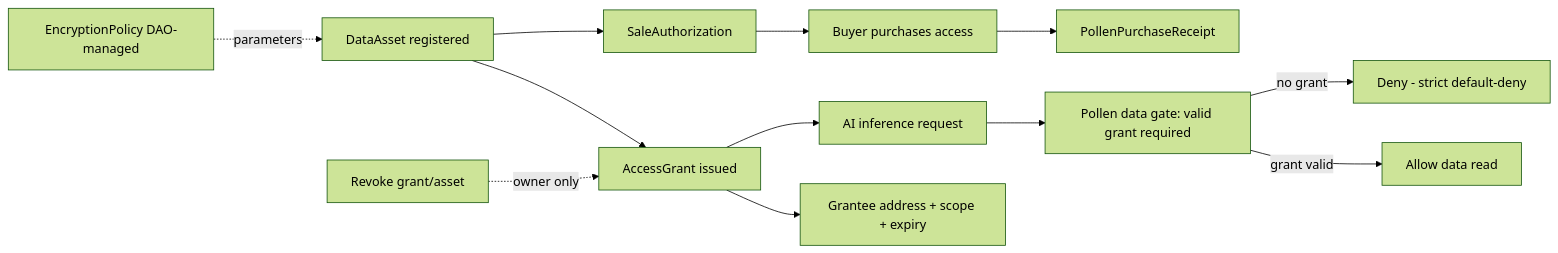
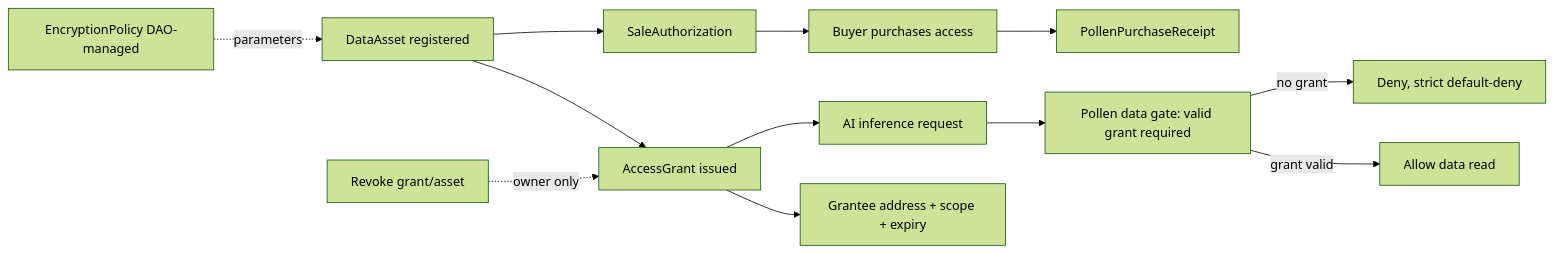
Diagram 34 of 51 in ARCHITECTURE.md (budlum-xyz/deneme), drawn with Mermaid (forest theme) before and after one commit. The commit also changed other lines of this file and 178 other files, not shown here.

````diff
--- a/ARCHITECTURE.md
+++ b/ARCHITECTURE.md
@@ -1135,14 +1135,14 @@
 ```mermaid
 flowchart LR
   Asset[DataAsset registered] --> Grant[AccessGrant issued]
   Grant --> Grantee["Grantee address + scope + expiry"]
   Asset --> Sale[SaleAuthorization]
   Sale --> Buyer[Buyer purchases access]
   Buyer --> Purchase[PollenPurchaseReceipt]
   Grant --> AI[AI inference request]
   AI --> Gate[Pollen data gate: valid grant required]
   Gate -->|grant valid| Allow[Allow data read]
-  Gate -->|no grant| Deny[Deny - strict default-deny]
+  Gate -->|no grant| Deny["Deny, strict default-deny"]
   Encrypt[EncryptionPolicy DAO-managed] -. parameters .-> Asset
   Revoke[Revoke grant/asset] -. owner only .-> Grant
 ```
````
